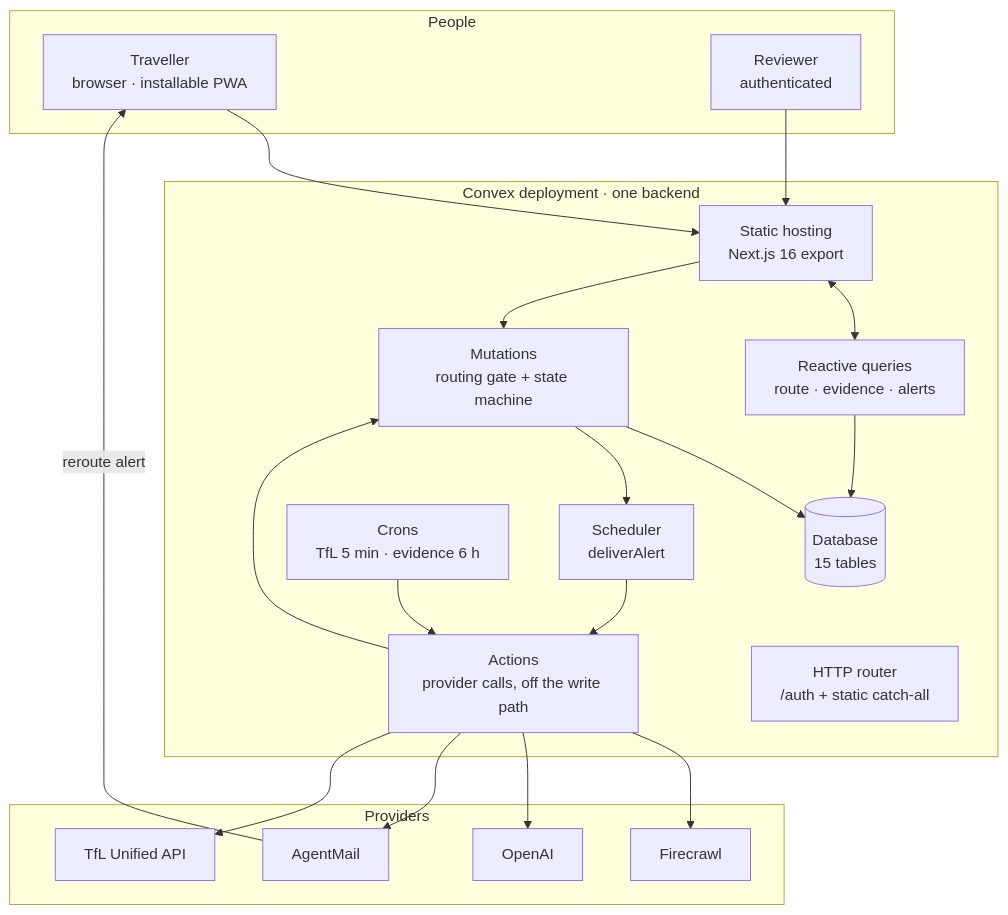
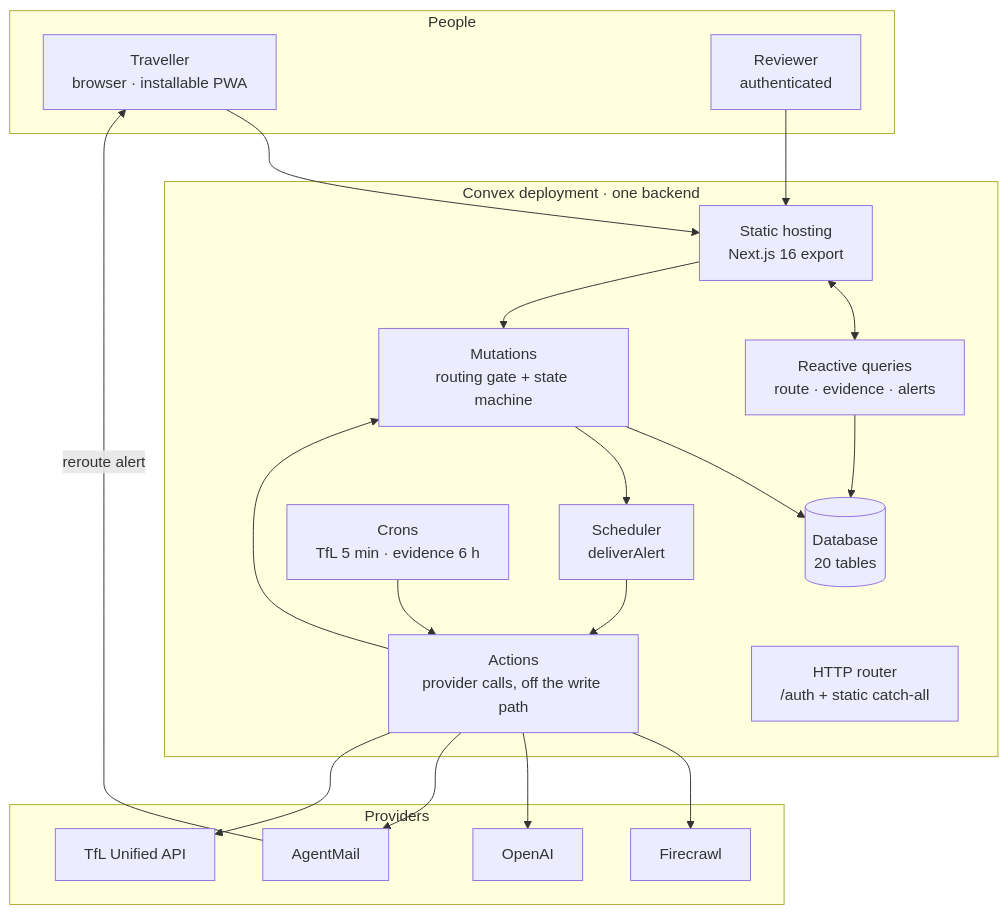
Before and after one commit to treasure567/stepfree: the second of 8 diagrams in README.md, drawn with Mermaid. The commit also changed other lines of this file and 23 other files, not shown here.

````diff
--- a/README.md
+++ b/README.md
@@ -137,41 +137,41 @@
 ```mermaid
 flowchart TB
     subgraph People
       Trav["Traveller<br/>browser · installable PWA"]
       Rev["Reviewer<br/>authenticated"]
     end
 
     subgraph Convex["Convex deployment · one backend"]
       Site["Static hosting<br/>Next.js 16 export"]
       Q["Reactive queries<br/>route · evidence · alerts"]
       M["Mutations<br/>routing gate + state machine"]
       Act["Actions<br/>provider calls, off the write path"]
       Sched["Scheduler<br/>deliverAlert"]
       Cron["Crons<br/>TfL 5 min · evidence 6 h"]
       Http["HTTP router<br/>/auth + static catch-all"]
-      DB[("Database<br/>15 tables")]
+      DB[("Database<br/>20 tables")]
     end
 
     subgraph Providers
       FC["Firecrawl"]
       OA["OpenAI"]
       AM["AgentMail"]
       TFL["TfL Unified API"]
     end
 
     Trav --> Site
     Rev --> Site
     Site <--> Q
     Site --> M
     Q --> DB
     M --> DB
     M --> Sched
     Sched --> Act
     Cron --> Act
     Act --> FC
     Act --> OA
     Act --> AM
     Act --> TFL
     Act --> M
     AM -- "reroute alert" --> Trav
 ```
````
